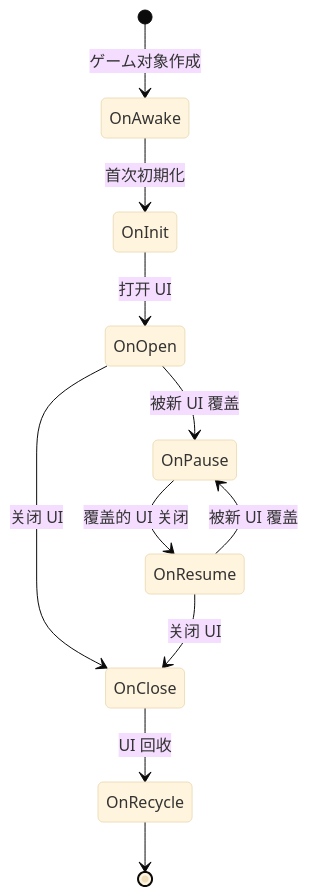
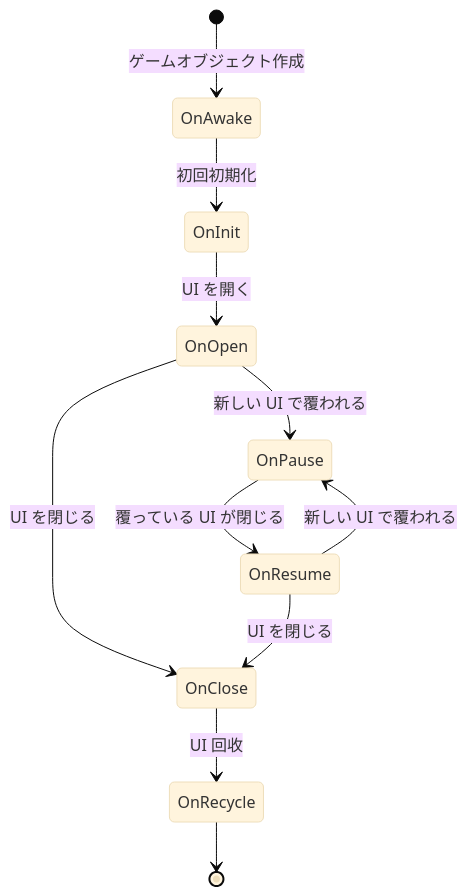
The second of 3 diagrams in docs/ja/client/unity/component/ui/03.getting-started.md (AlianBlank/GameFrameX.Docs), drawn with Mermaid (base theme) before and after one commit. The commit also changed other lines of this file and 320 other files, not shown here.

````diff
--- a/docs/ja/client/unity/component/ui/03.getting-started.md
+++ b/docs/ja/client/unity/component/ui/03.getting-started.md
@@ -164,13 +164,13 @@
 ```mermaid
 stateDiagram-v2
-    [*] --> OnAwake: ゲーム对象作成
-    OnAwake --> OnInit: 首次初期化
-    OnInit --> OnOpen: 打开 UI
-    OnOpen --> OnPause: 被新 UI 覆盖
-    OnPause --> OnResume: 覆盖的 UI 关闭
-    OnResume --> OnPause: 被新 UI 覆盖
-    OnOpen --> OnClose: 关闭 UI
-    OnResume --> OnClose: 关闭 UI
+    [*] --> OnAwake: ゲームオブジェクト作成
+    OnAwake --> OnInit: 初回初期化
+    OnInit --> OnOpen: UI を開く
+    OnOpen --> OnPause: 新しい UI で覆われる
+    OnPause --> OnResume: 覆っている UI が閉じる
+    OnResume --> OnPause: 新しい UI で覆われる
+    OnOpen --> OnClose: UI を閉じる
+    OnResume --> OnClose: UI を閉じる
     OnClose --> OnRecycle: UI 回收
     OnRecycle --> [*]
 ```
````
